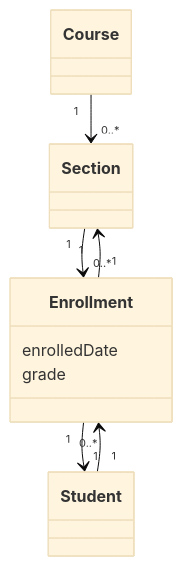
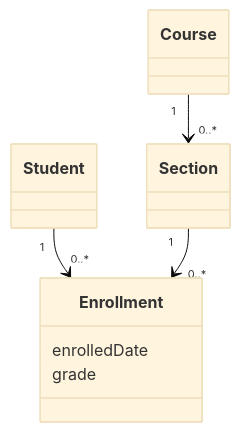
One commit to justinbrianhwang/SJ-wiki changed the second of 2 diagrams in docs/cs/software-engineering/object-oriented-development.md. Above: the diagram before and after it, drawn with Mermaid (base theme). The commit also changed other lines of this file and 955 other files, not shown here.

````diff
--- a/docs/cs/software-engineering/object-oriented-development.md
+++ b/docs/cs/software-engineering/object-oriented-development.md
@@ -153,15 +153,13 @@
 ```mermaid
 classDiagram
   class Course
   class Section
   class Student
   class Enrollment {
     enrolledDate
     grade
   }
   Course "1" --> "0..*" Section
   Student "1" --> "0..*" Enrollment
   Section "1" --> "0..*" Enrollment
-  Enrollment "1" --> "1" Student
-  Enrollment "1" --> "1" Section
 ```
````
